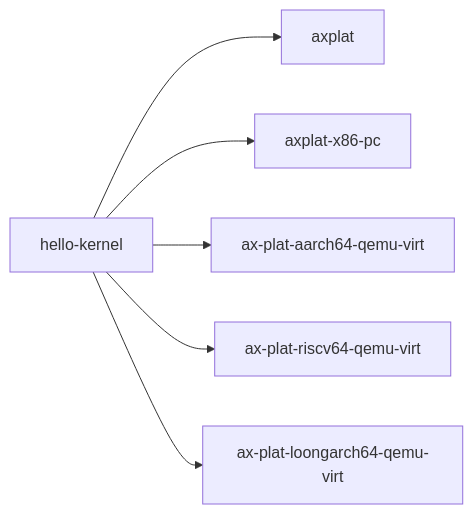
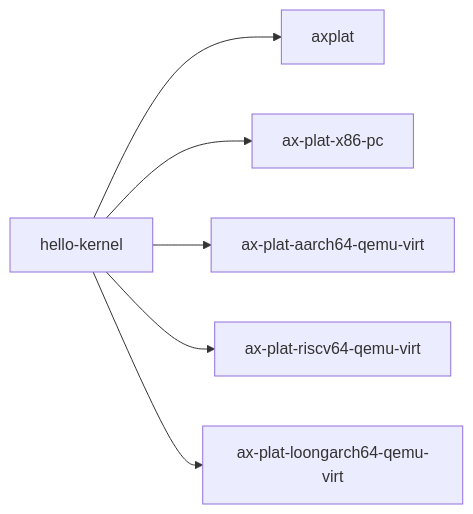
Before and after one commit to zKurisu/tgoskits: the second of 2 diagrams in docs/crates/hello-kernel.md, drawn with Mermaid. The commit also changed other lines of this file and 39 other files, not shown here.

Commit message:
rename axplat-x86-pc to ax-plat-x86-pc

````diff
--- a/docs/crates/hello-kernel.md
+++ b/docs/crates/hello-kernel.md
@@ -78,8 +78,8 @@
 ```mermaid
 graph LR
     sample["hello-kernel"] --> axplat["axplat"]
-    sample --> x86["axplat-x86-pc"]
+    sample --> x86["ax-plat-x86-pc"]
     sample --> a64["ax-plat-aarch64-qemu-virt"]
     sample --> rv["ax-plat-riscv64-qemu-virt"]
     sample --> loong["ax-plat-loongarch64-qemu-virt"]
 ```
````
